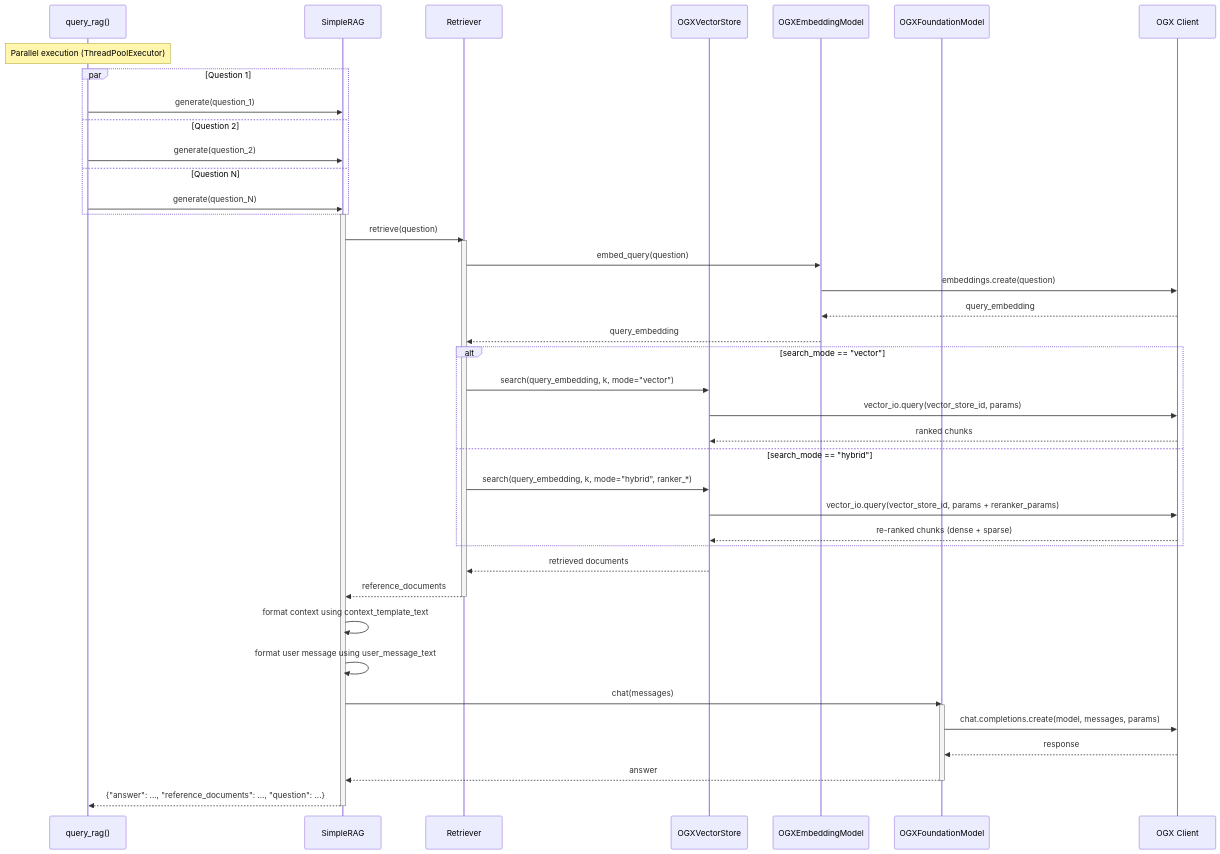
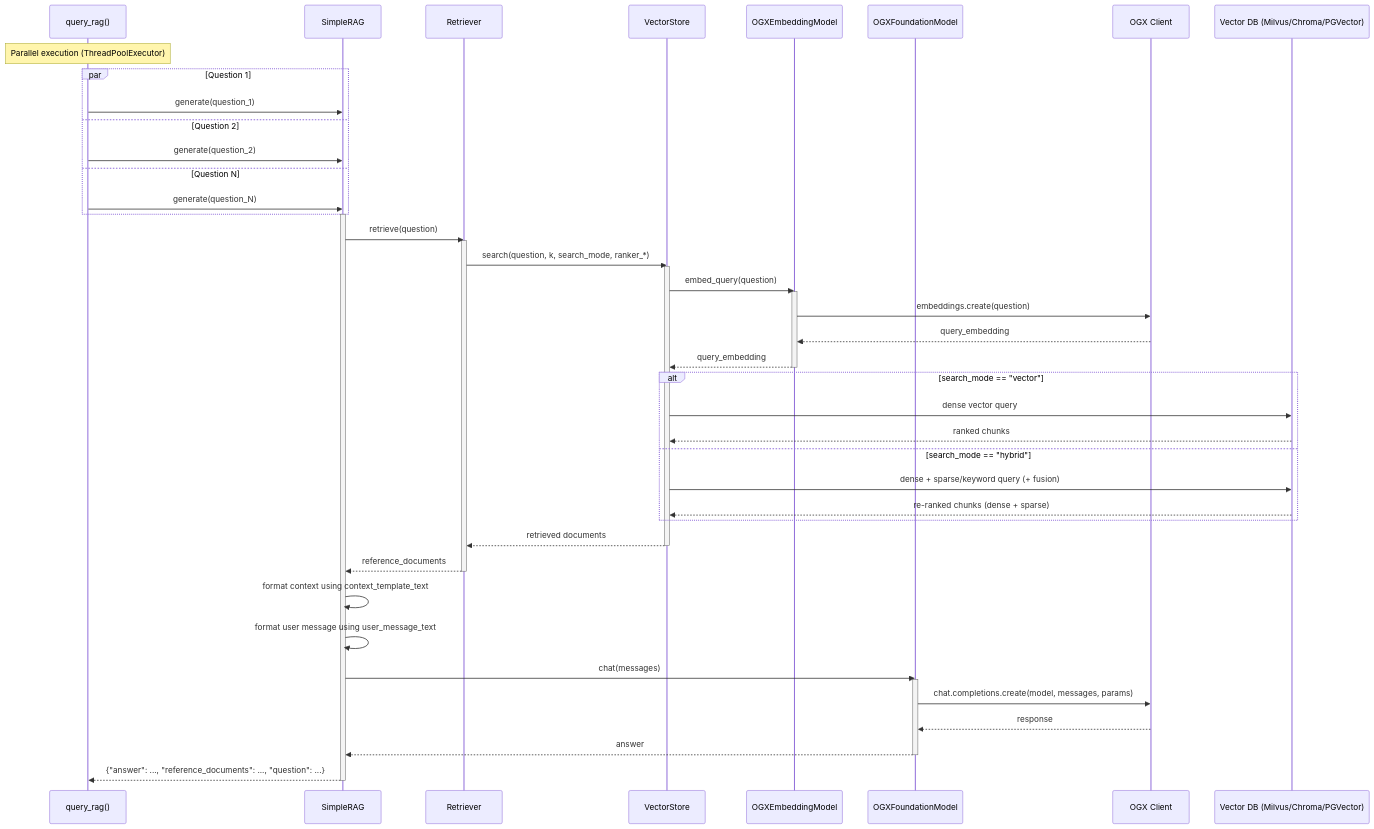
One commit to IBM/ai4rag changed the second of 4 diagrams in docs/architecture/data-flow.md. Above: the diagram before and after it, drawn with Mermaid. The commit also changed other lines of this file and 86 other files, not shown here.

First line of the commit message:
Switch vector store to direct clients (#118)

````diff
--- a/docs/architecture/data-flow.md
+++ b/docs/architecture/data-flow.md
@@ -234,53 +232,57 @@
 ```mermaid
 sequenceDiagram
     participant QR as query_rag()
     participant RAG as SimpleRAG
     participant Ret as Retriever
-    participant VS as OGXVectorStore
+    participant VS as VectorStore
     participant EM as OGXEmbeddingModel
     participant FM as OGXFoundationModel
     participant OGXClient as OGX Client
+    participant DB as Vector DB (Milvus/Chroma/PGVector)
 
     Note over QR: Parallel execution (ThreadPoolExecutor)
     par Question 1
         QR->>RAG: generate(question_1)
     and Question 2
         QR->>RAG: generate(question_2)
     and Question N
         QR->>RAG: generate(question_N)
     end
 
     activate RAG
     RAG->>Ret: retrieve(question)
     activate Ret
-    Ret->>EM: embed_query(question)
+    Ret->>VS: search(question, k, search_mode, ranker_*)
+    activate VS
+    VS->>EM: embed_query(question)
+    activate EM
     EM->>OGXClient: embeddings.create(question)
     OGXClient-->>EM: query_embedding
-    EM-->>Ret: query_embedding
+    EM-->>VS: query_embedding
+    deactivate EM
 
     alt search_mode == "vector"
-        Ret->>VS: search(query_embedding, k, mode="vector")
-        VS->>OGXClient: vector_io.query(vector_store_id, params)
-        OGXClient-->>VS: ranked chunks
+        VS->>DB: dense vector query
+        DB-->>VS: ranked chunks
     else search_mode == "hybrid"
-        Ret->>VS: search(query_embedding, k, mode="hybrid", ranker_*)
-        VS->>OGXClient: vector_io.query(vector_store_id, params + reranker_params)
-        OGXClient-->>VS: re-ranked chunks (dense + sparse)
+        VS->>DB: dense + sparse/keyword query (+ fusion)
+        DB-->>VS: re-ranked chunks (dense + sparse)
     end
 
     VS-->>Ret: retrieved documents
+    deactivate VS
     Ret-->>RAG: reference_documents
     deactivate Ret
 
     RAG->>RAG: format context using context_template_text
     RAG->>RAG: format user message using user_message_text
     RAG->>FM: chat(messages)
     activate FM
     FM->>OGXClient: chat.completions.create(model, messages, params)
     OGXClient-->>FM: response
     FM-->>RAG: answer
     deactivate FM
 
     RAG-->>QR: {"answer": ..., "reference_documents": ..., "question": ...}
     deactivate RAG
 ```
````
